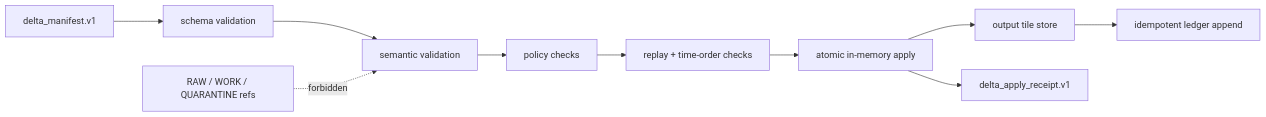
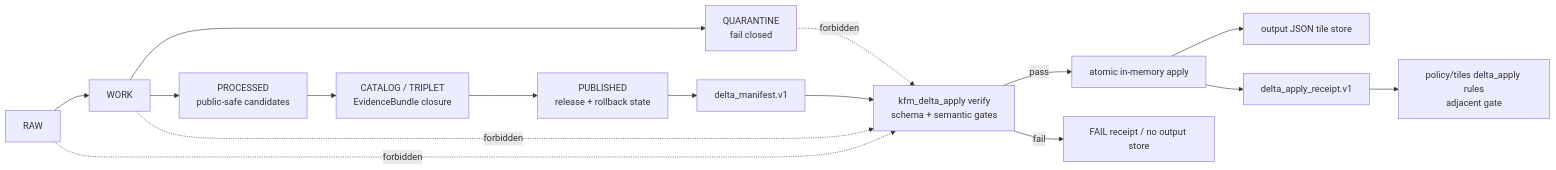
Before and after one commit to bartytime4life/Kansas-Frontier-Matrix: the first of 2 diagrams in docs/architecture/tiles/delta_apply.md, drawn with Mermaid. The commit also changed other lines of this file, not shown here.

````diff
--- a/docs/architecture/tiles/delta_apply.md
+++ b/docs/architecture/tiles/delta_apply.md
@@ -77,13 +143,20 @@
 ```mermaid
 flowchart LR
-    Manifest["delta_manifest.v1"] --> Schema["schema validation"]
-    Schema --> Semantics["semantic validation"]
-    Semantics --> Policy["policy checks"]
-    Policy --> Replay["replay + time-order checks"]
-    Replay --> Apply["atomic in-memory apply"]
-    Apply --> Store["output tile store"]
-    Apply --> Receipt["delta_apply_receipt.v1"]
-    Store --> Ledger["idempotent ledger append"]
+  RAW["RAW"] --> WORK["WORK"]
+  WORK --> Q["QUARANTINE<br/>fail closed"]
+  WORK --> PROC["PROCESSED<br/>public-safe candidates"]
+  PROC --> CAT["CATALOG / TRIPLET<br/>EvidenceBundle closure"]
+  CAT --> REL["PUBLISHED<br/>release + rollback state"]
 
-    Raw["RAW / WORK / QUARANTINE refs"] -. forbidden .-> Semantics
+  REL --> MAN["delta_manifest.v1"]
+  MAN --> VERIFY["kfm_delta_apply verify<br/>schema + semantic gates"]
+  VERIFY -->|pass| APPLY["atomic in-memory apply"]
+  VERIFY -->|fail| FAIL["FAIL receipt / no output store"]
+  APPLY --> STORE["output JSON tile store"]
+  APPLY --> RECEIPT["delta_apply_receipt.v1"]
+  RECEIPT --> POLICY["policy/tiles delta_apply rules<br/>adjacent gate"]
+
+  RAW -. forbidden .-> VERIFY
+  WORK -. forbidden .-> VERIFY
+  Q -. forbidden .-> VERIFY
 ```
````
